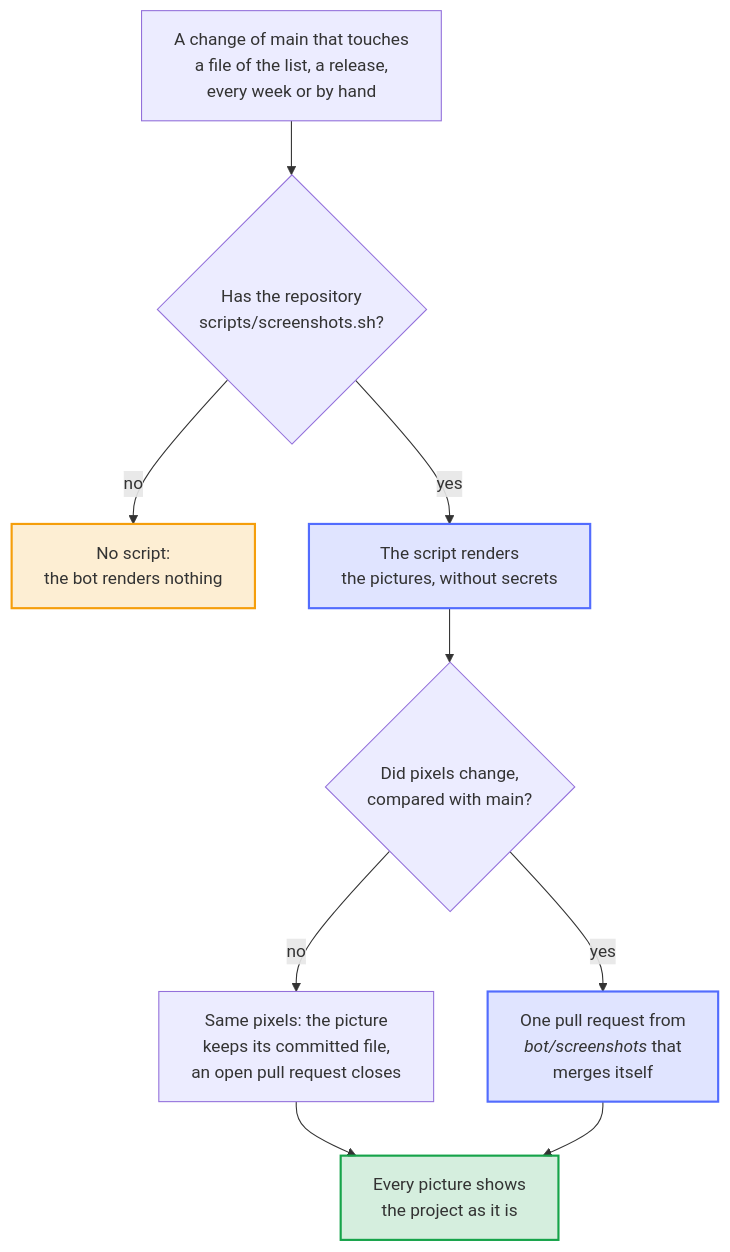
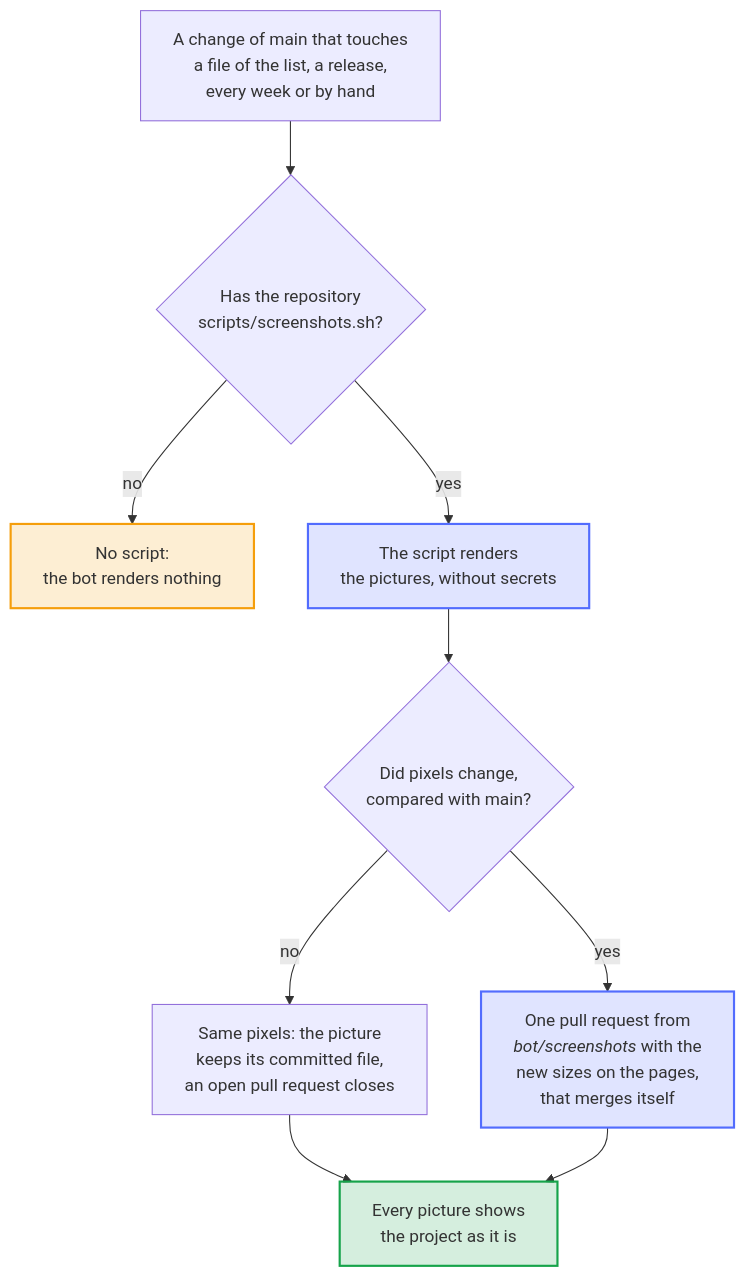
The diagram in docs/diagrams/how-the-screenshots-renew-themselves.mmd (Dennis-Otto/repo-blueprint), drawn with Mermaid before and after one commit. The commit also changed 21 other files, not shown here.

First line of the commit message:
fix: the screenshot bot corrects the sizes of the pictures it changes (#603)

```diff
--- a/docs/diagrams/how-the-screenshots-renew-themselves.mmd
+++ b/docs/diagrams/how-the-screenshots-renew-themselves.mmd
@@ -1,30 +1,30 @@
 ---
 config:
   flowchart:
     wrappingWidth: 400
 ---
 flowchart TB
     accTitle: How the screenshots renew themselves
-    accDescr: After a change of main that touches a file of .github/screenshots-paths.txt, after every release, every week and on demand, the screenshot bot looks for scripts/screenshots.sh; without it, the bot renders nothing. The script renders the pictures without secrets, and each picture whose pixels stayed the same keeps its committed file. When pixels changed, one pull request from bot/screenshots holds the new pictures and merges itself once every check passes; when main looks as rendered, the bot closes it. So every picture shows the project as it is.
+    accDescr: After a change of main that touches a file of .github/screenshots-paths.txt, after every release, every week and on demand, the screenshot bot looks for scripts/screenshots.sh; without it, the bot renders nothing. The script renders the pictures without secrets, and each picture whose pixels stayed the same keeps its committed file. When pixels changed, one pull request from bot/screenshots holds the new pictures and the width and height that the pages name for them, and merges itself once every check passes; when main looks as rendered, the bot closes it. So every picture shows the project as it is.
 
     event["`A change of main that touches<br>a file of the list, a release,<br>every week or by hand`"]
     script{"Has the repository<br>scripts/screenshots.sh?"}
     off["No script:<br>the bot renders nothing"]
     render["The script renders<br>the pictures, without secrets"]
     pixels{"Did pixels change,<br>compared with main?"}
     same["`Same pixels: the picture<br>keeps its committed file,<br>an open pull request closes`"]
-    pr["`One pull request from<br>*bot/screenshots* that<br>merges itself`"]
+    pr["`One pull request from<br>*bot/screenshots* with the<br>new sizes on the pages,<br>that merges itself`"]
     done["Every picture shows<br>the project as it is"]
 
     event --> script
     script -- "no" --> off
     script -- "yes" --> render --> pixels
     pixels -- "no" --> same --> done
     pixels -- "yes" --> pr --> done
 
     classDef bot fill:#526cfe2e,stroke:#526cfe,stroke-width:2px
     classDef person fill:#f59e0b2e,stroke:#f59e0b,stroke-width:2px
     classDef done fill:#16a34a2e,stroke:#16a34a,stroke-width:2px
     class render,pr bot
     class off person
     class done done
```
